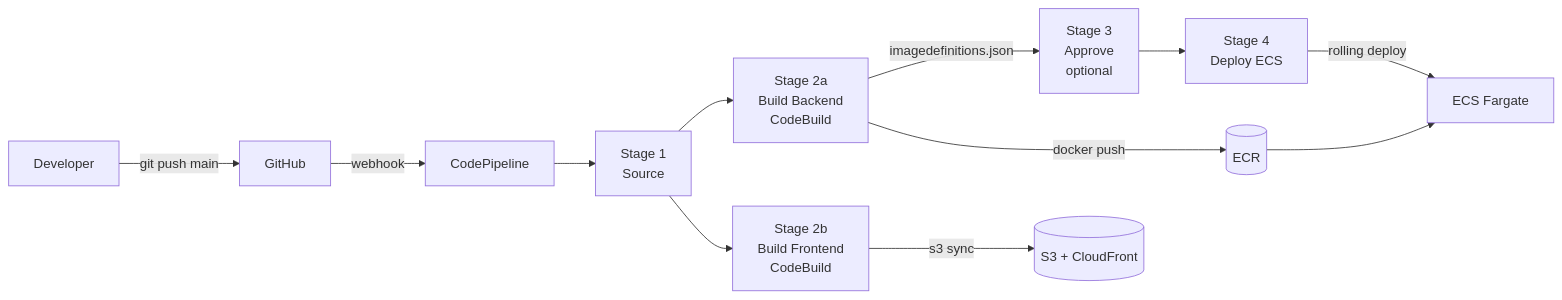
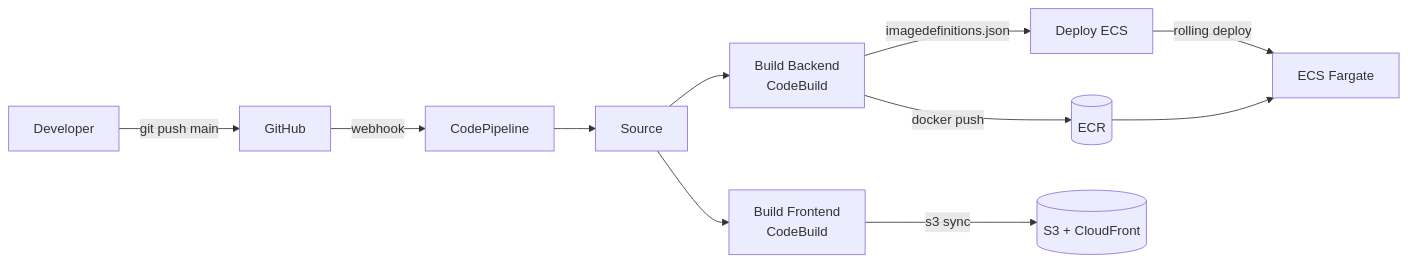
One commit to nahidacm/aws-practice-lab-advanced changed the diagram in team-notes-pro/DEPLOYMENT_STAGE12.md. Above: the diagram before and after it, drawn with Mermaid. The commit also changed other lines of this file, not shown here.

````diff
--- a/team-notes-pro/DEPLOYMENT_STAGE12.md
+++ b/team-notes-pro/DEPLOYMENT_STAGE12.md
@@ -19,16 +18,13 @@
 ```mermaid
 graph LR
   Dev[Developer] -->|git push main| GH[GitHub]
   GH -->|webhook| CP[CodePipeline]
-
-  CP --> SRC[Stage 1\nSource]
-  SRC --> BB[Stage 2a\nBuild Backend\nCodeBuild]
-  SRC --> BF[Stage 2b\nBuild Frontend\nCodeBuild]
-  BB -->|imagedefinitions.json| APP[Stage 3\nApprove\noptional]
-  APP --> DEP[Stage 4\nDeploy ECS]
-
+  CP --> SRC[Source]
+  SRC --> BB[Build Backend\nCodeBuild]
+  SRC --> BF[Build Frontend\nCodeBuild]
+  BB -->|imagedefinitions.json| DEP[Deploy ECS]
   BB -->|docker push| ECR[(ECR)]
   BF -->|s3 sync| S3[(S3 + CloudFront)]
   DEP -->|rolling deploy| ECS[ECS Fargate]
   ECR --> ECS
 ```
````
